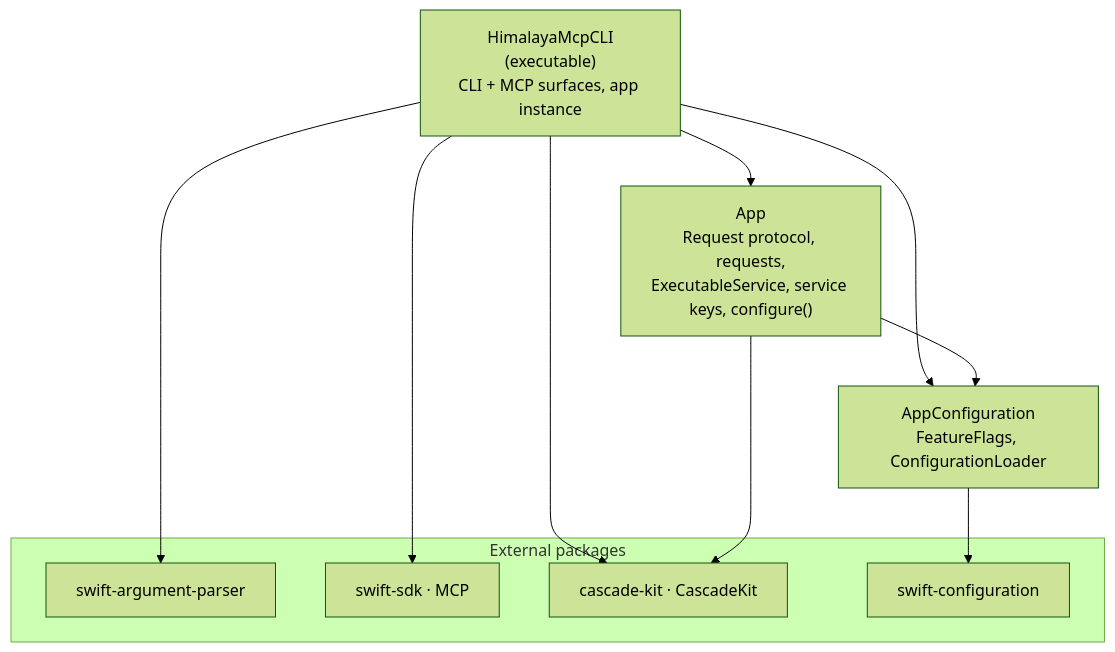
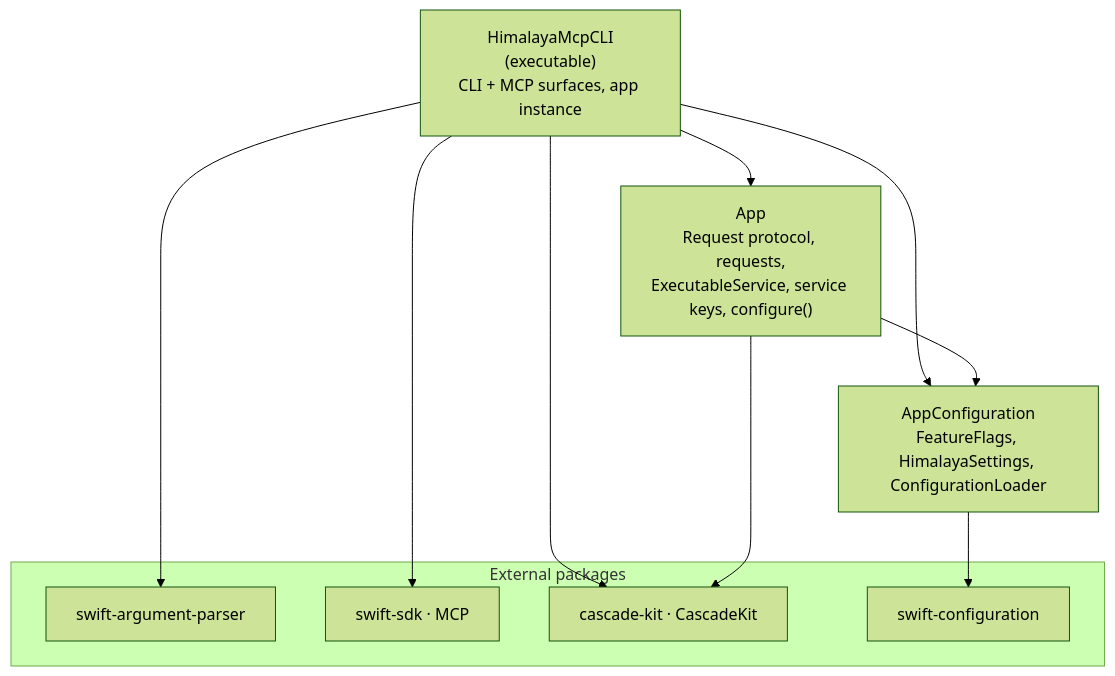
The first of 3 diagrams in README.md (amine2233/himalaya-mcp), drawn with Mermaid (forest theme) before and after one commit. The commit also changed other lines of this file and 9 other files, not shown here.

````diff
--- a/README.md
+++ b/README.md
@@ -62,24 +62,24 @@
 ```mermaid
 graph TD
     subgraph external["External packages"]
         AP["swift-argument-parser"]
         MCP["swift-sdk · MCP"]
         CK["cascade-kit · CascadeKit"]
         SC["swift-configuration"]
     end
 
     HimalayaMcpCLI["HimalayaMcpCLI<br/>(executable)<br/>CLI + MCP surfaces, app instance"]
     App["App<br/>Request protocol, requests,<br/>ExecutableService, service keys, configure()"]
-    AppConfiguration["AppConfiguration<br/>FeatureFlags, ConfigurationLoader"]
+    AppConfiguration["AppConfiguration<br/>FeatureFlags, HimalayaSettings, ConfigurationLoader"]
 
     HimalayaMcpCLI --> App
     HimalayaMcpCLI --> AppConfiguration
     HimalayaMcpCLI --> AP
     HimalayaMcpCLI --> MCP
     HimalayaMcpCLI --> CK
 
     App --> AppConfiguration
     App --> CK
 
     AppConfiguration --> SC
 ```
````
